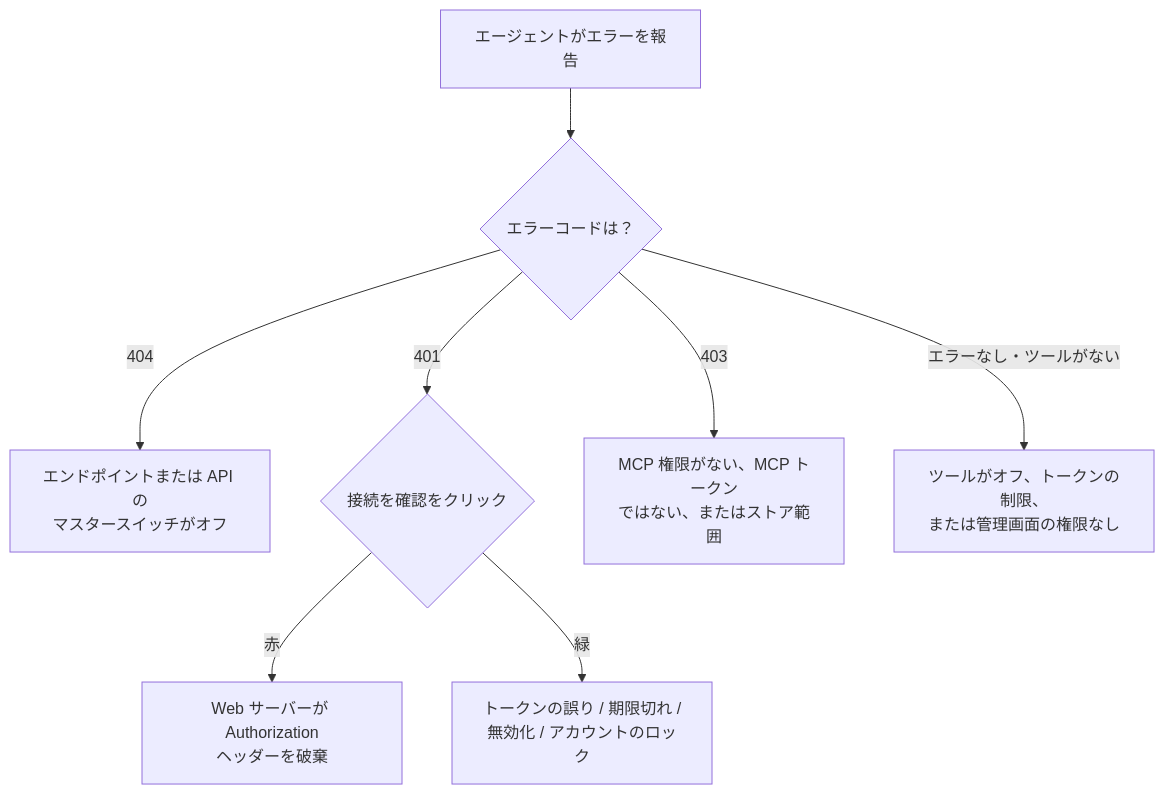
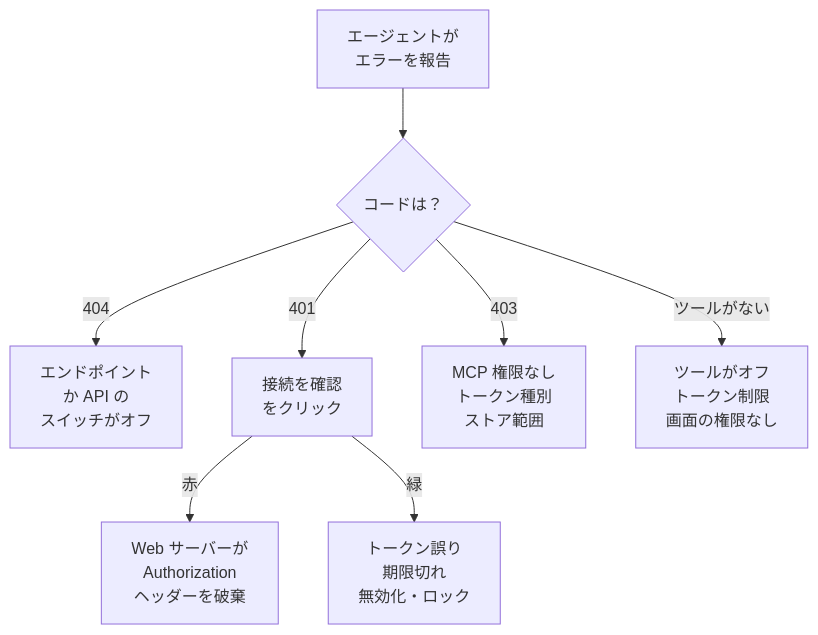
One commit to gp247net/gp247-docs changed the diagram in mcp/mcp-troubleshooting_ja.md. Above: the diagram before and after it, drawn with Mermaid. The commit also changed other lines of this file and 44 other files, not shown here.

First line of the commit message:
docs: redraw oversized diagrams in security, API and MCP docs (vi/en/ja)

````diff
--- a/mcp/mcp-troubleshooting_ja.md
+++ b/mcp/mcp-troubleshooting_ja.md
@@ -15,10 +15,10 @@
 ```mermaid
 flowchart TD
-    S["エージェントがエラーを報告"] --> A{"エラーコードは？"}
-    A -->|"404"| E["エンドポイントまたは API の<br/>マスタースイッチがオフ"]
-    A -->|"401"| T{"接続を確認をクリック"}
-    T -->|"赤"| H["Web サーバーが Authorization<br/>ヘッダーを破棄"]
-    T -->|"緑"| K["トークンの誤り / 期限切れ /<br/>無効化 / アカウントのロック"]
-    A -->|"403"| P["MCP 権限がない、MCP トークン<br/>ではない、またはストア範囲"]
-    A -->|"エラーなし・ツールがない"| C["ツールがオフ、トークンの制限、<br/>または管理画面の権限なし"]
+    S["エージェントが<br/>エラーを報告"] --> A{"コードは？"}
+    A -->|"404"| E["エンドポイント<br/>か API の<br/>スイッチがオフ"]
+    A -->|"401"| T["接続を確認<br/>をクリック"]
+    T -->|"赤"| H["Web サーバーが<br/>Authorization<br/>ヘッダーを破棄"]
+    T -->|"緑"| K["トークン誤り<br/>期限切れ<br/>無効化・ロック"]
+    A -->|"403"| P["MCP 権限なし<br/>トークン種別<br/>ストア範囲"]
+    A -->|"ツールがない"| C["ツールがオフ<br/>トークン制限<br/>画面の権限なし"]
 ```
````
